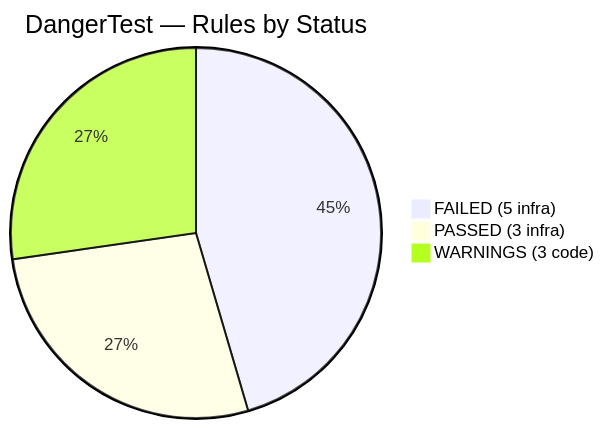
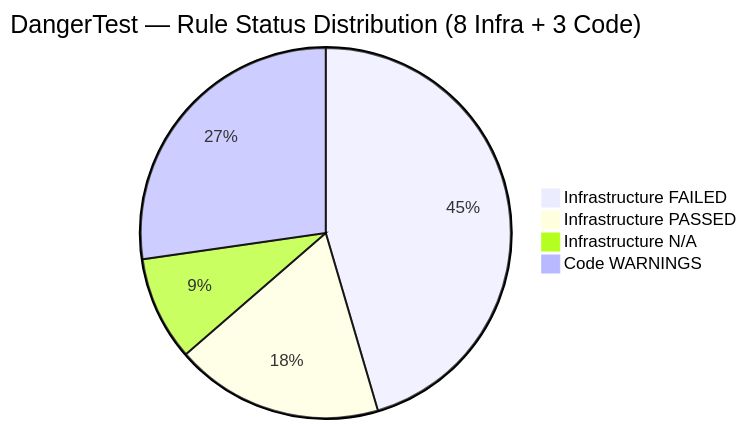
One commit to WongChinPang/DevSecOps-Pipeline changed the fourth of 6 diagrams in REPORT.md. Above: the diagram before and after it, drawn with Mermaid. The commit also changed other lines of this file, not shown here.

Commit message:
docs: final corrected report — 6 sections, 18 tables, 6 diagrams, third-person, all facts verified against codebase

````diff
--- a/REPORT.md
+++ b/REPORT.md
@@ -363,6 +353,7 @@
 ```mermaid
-pie title DangerTest — Rules by Status
-    "FAILED (5 infra)" : 5
-    "PASSED (3 infra)" : 3
-    "WARNINGS (3 code)" : 3
+pie title DangerTest — Rule Status Distribution (8 Infra + 3 Code)
+    "Infrastructure FAILED" : 5
+    "Infrastructure PASSED" : 2
+    "Infrastructure N/A" : 1
+    "Code WARNINGS" : 3
 ```
````
